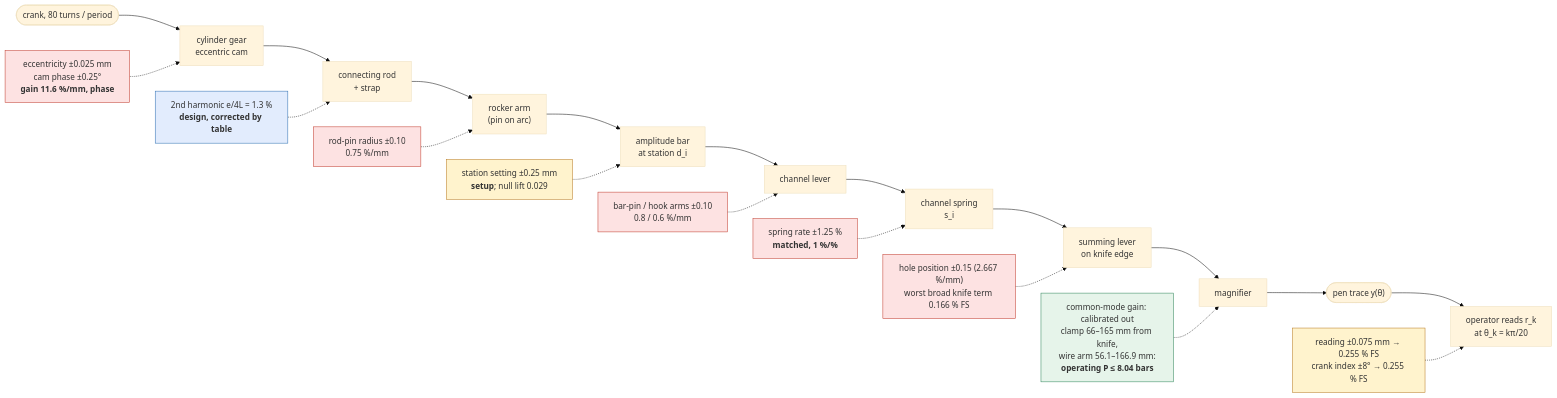
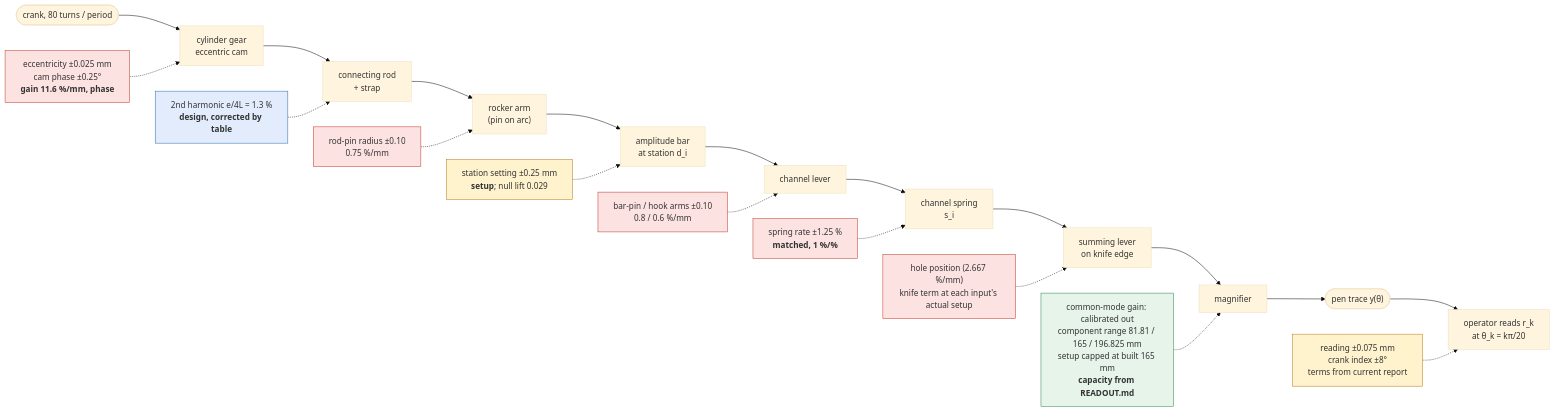
The first of 4 diagrams in cad/docs/tolerance-policy.md (pedropaulovc/harmonic-analyzer), drawn with Mermaid (base theme) before and after one commit. The commit also changed other lines of this file and 20 other files, not shown here.

````diff
--- a/cad/docs/tolerance-policy.md
+++ b/cad/docs/tolerance-policy.md
@@ -135,27 +135,27 @@
 ```mermaid
 flowchart LR
     crank([crank, 80 turns / period]) --> cam
     cam["cylinder gear<br/>eccentric cam"] --> rod["connecting rod<br/>+ strap"]
     rod --> rocker["rocker arm<br/>(pin on arc)"]
     rocker --> bar["amplitude bar<br/>at station d_i"]
     bar --> lever["channel lever"]
     lever --> spring["channel spring<br/>s_i"]
     spring --> summing["summing lever<br/>on knife edge"]
     summing --> mag["magnifier"] --> pen(["pen trace y(θ)"])
     pen --> op["operator reads r_k<br/>at θ_k = kπ/20"]
 
     e1["eccentricity ±0.025 mm<br/>cam phase ±0.25°<br/><b>gain 11.6 %/mm, phase</b>"]:::part -.-> cam
     e2["2nd harmonic e/4L = 1.3 %<br/><b>design, corrected by table</b>"]:::design -.-> rod
     e3["rod-pin radius ±0.10<br/>0.75 %/mm"]:::part -.-> rocker
     e4["station setting ±0.25 mm<br/><b>setup</b>; null lift 0.029"]:::setup -.-> bar
     e5["bar-pin / hook arms ±0.10<br/>0.8 / 0.6 %/mm"]:::part -.-> lever
     e6["spring rate ±1.25 %<br/><b>matched, 1 %/%</b>"]:::part -.-> spring
-    e7["hole position ±0.15 (2.667 %/mm)<br/>worst broad knife term 0.166 % FS"]:::part -.-> summing
-    e8["common-mode gain: calibrated out<br/>clamp 66–165 mm from knife,<br/>wire arm 56.1–166.9 mm:<br/><b>operating P ≤ 8.04 bars</b>"]:::free -.-> mag
-    e9["reading ±0.075 mm → 0.255 % FS<br/>crank index ±8° → 0.255 % FS"]:::setup -.-> op
+    e7["hole position (2.667 %/mm)<br/>knife term at each input's actual setup"]:::part -.-> summing
+    e8["common-mode gain: calibrated out<br/>component range 81.81 / 165 / 196.825 mm<br/>setup capped at built 165 mm<br/><b>capacity from READOUT.md</b>"]:::free -.-> mag
+    e9["reading ±0.075 mm<br/>crank index ±8°<br/>terms from current report"]:::setup -.-> op
 
     classDef part fill:#fde2e2,stroke:#c0392b
     classDef setup fill:#fff3cd,stroke:#b7791f
     classDef design fill:#e2ecfd,stroke:#2b6cb0
     classDef free fill:#e6f4ea,stroke:#2f855a
 ```
````
